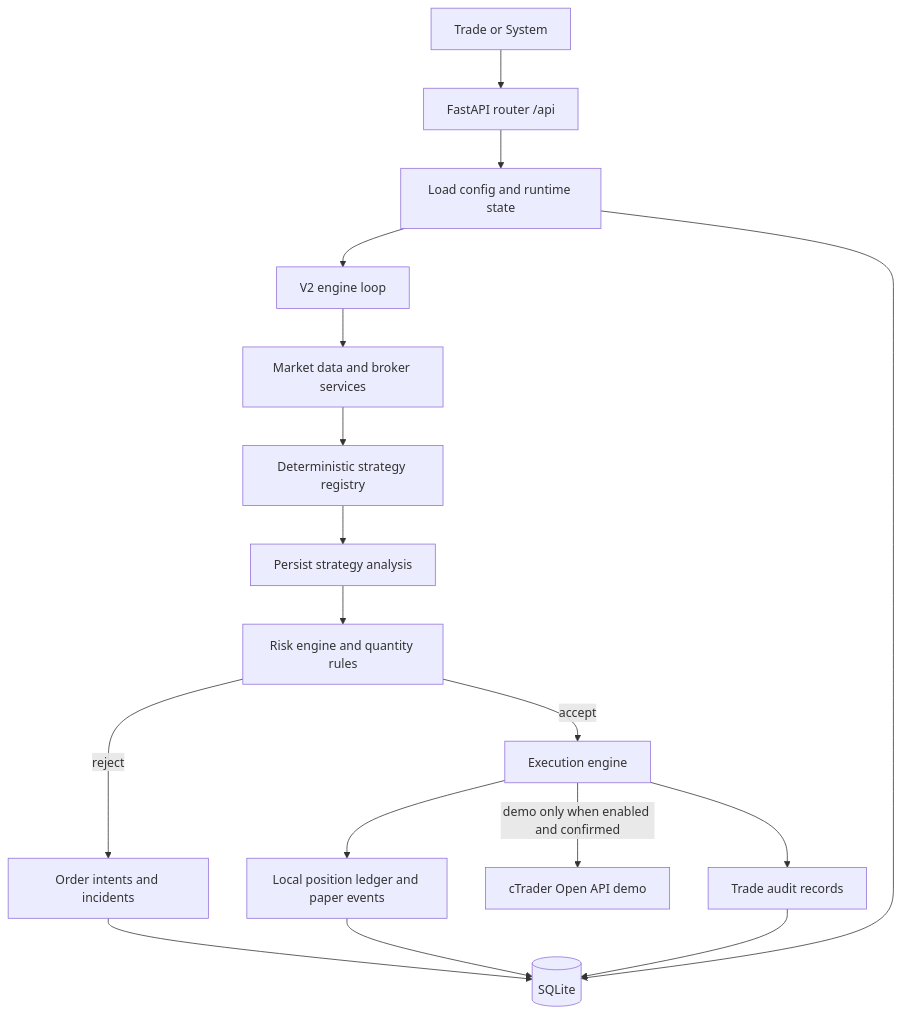
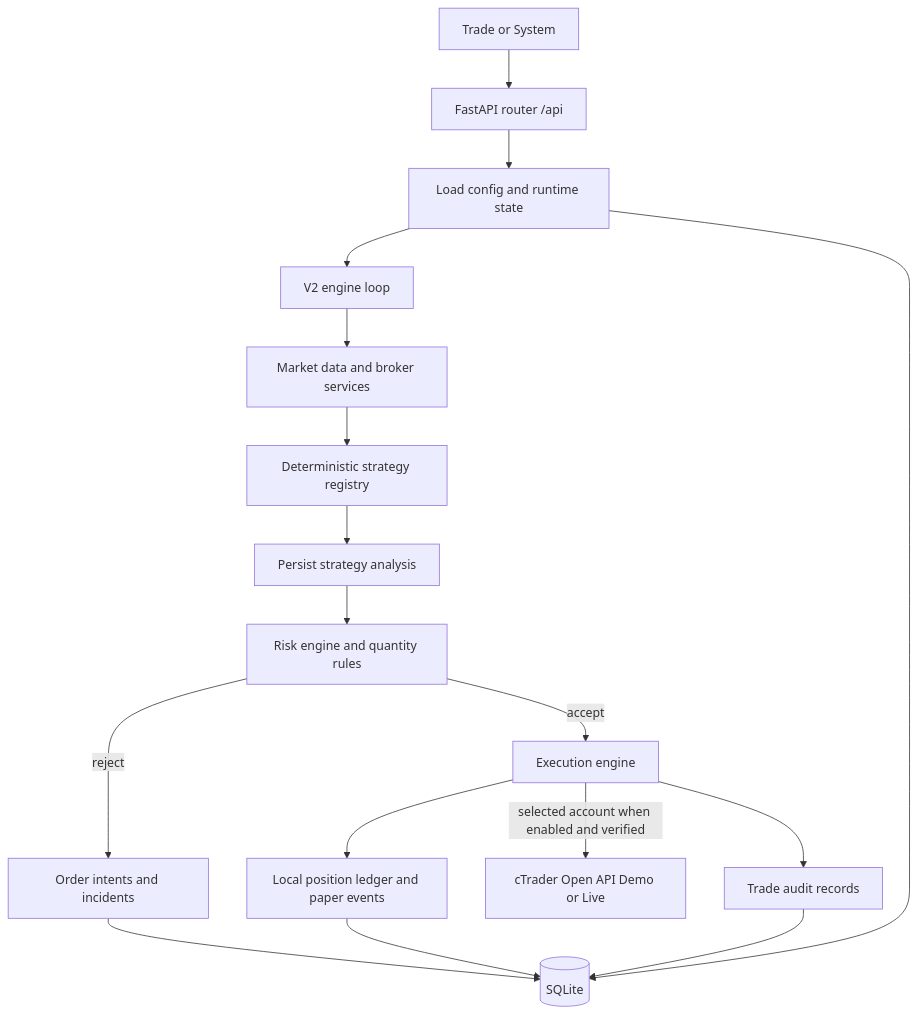
Before and after one commit to maghdam/GenAI-MultiAgent-TradingSystem: the first of 3 diagrams in ARCHITECTURE.md, drawn with Mermaid. The commit also changed other lines of this file and 7 other files, not shown here.

First line of the commit message:
Document account-neutral cTrader operation (#94)

````diff
--- a/ARCHITECTURE.md
+++ b/ARCHITECTURE.md
@@ -122,19 +122,19 @@
 ```mermaid
 graph TD
   UI[Trade or System] --> API[FastAPI router /api]
   API --> CFG[Load config and runtime state]
   CFG --> ENG[V2 engine loop]
   ENG --> MD[Market data and broker services]
   MD --> STRAT[Deterministic strategy registry]
   STRAT --> ANALYSIS[Persist strategy analysis]
   ANALYSIS --> RISK[Risk engine and quantity rules]
   RISK -->|reject| INTENTS[Order intents and incidents]
   RISK -->|accept| EXEC[Execution engine]
   EXEC --> PAPER[Local position ledger and paper events]
-  EXEC -->|demo only when enabled and confirmed| CTRADER[cTrader Open API demo]
+  EXEC -->|selected account when enabled and verified| CTRADER[cTrader Open API Demo or Live]
   EXEC --> AUDIT[Trade audit records]
   INTENTS --> DB[(SQLite)]
   PAPER --> DB
   AUDIT --> DB
   CFG --> DB
 ```
````
